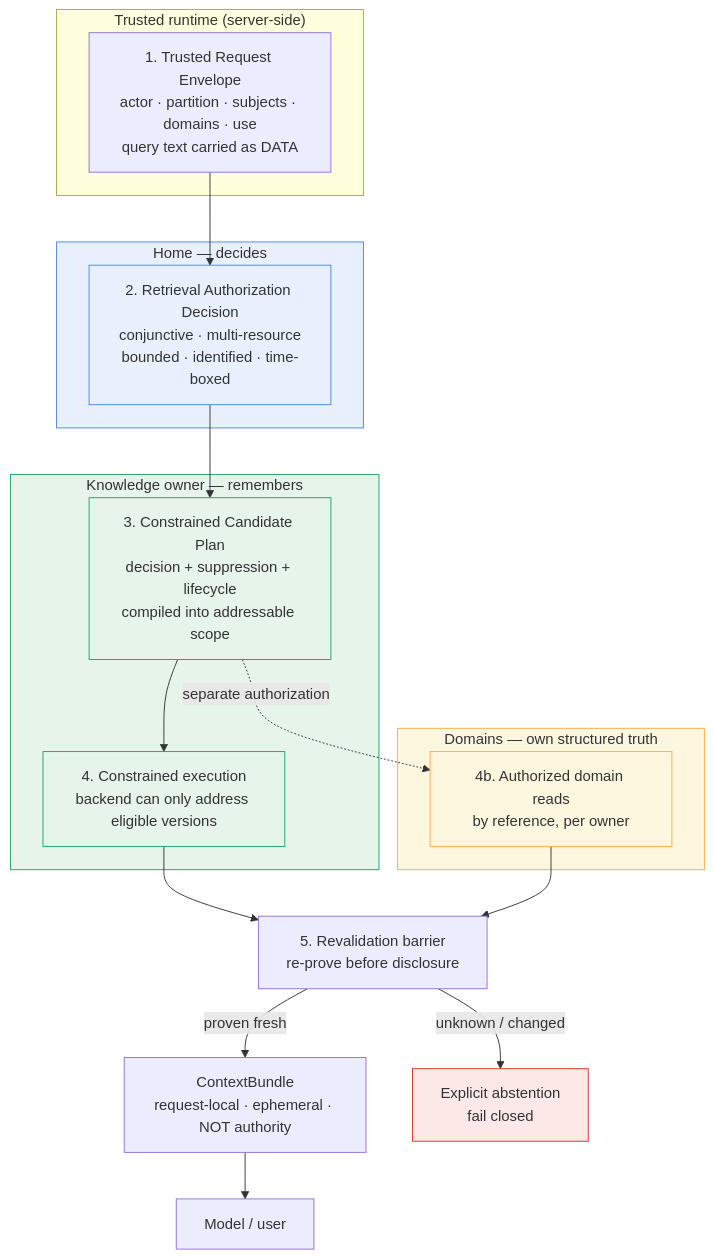
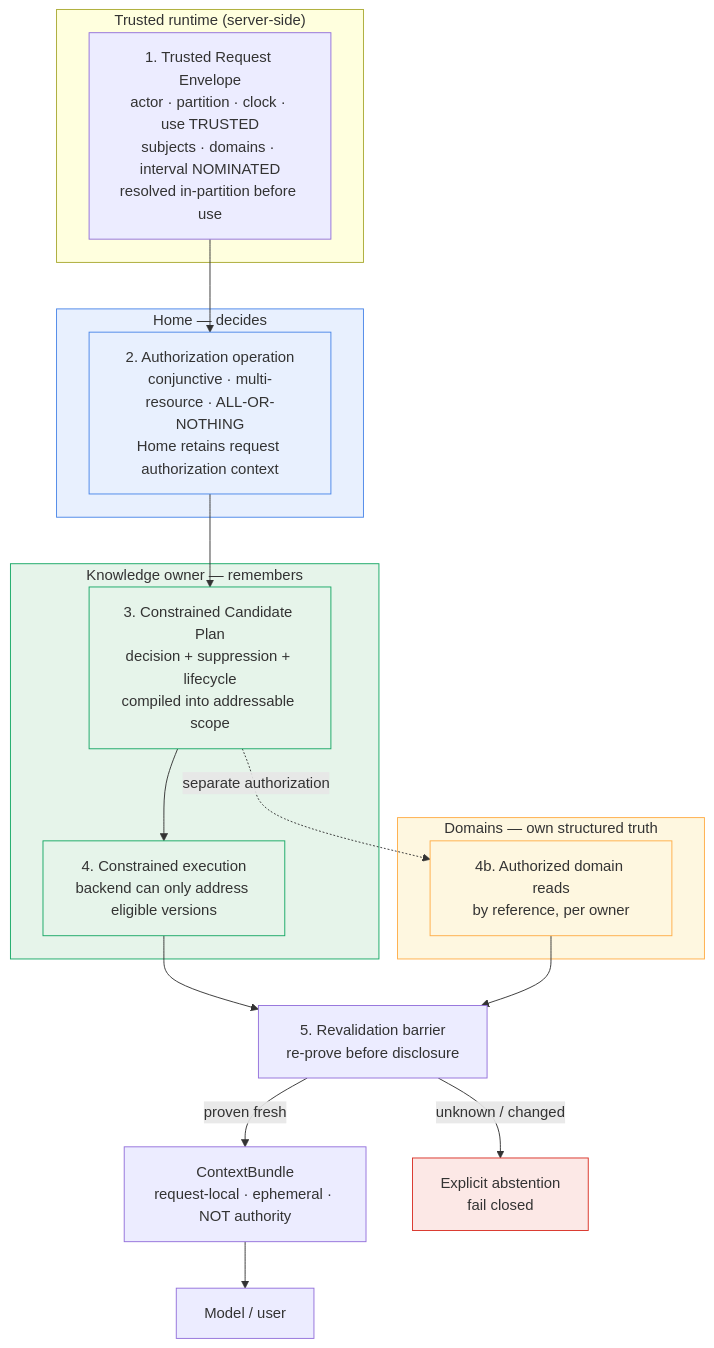
One commit to EKvargas/episteck_home changed the first of 2 diagrams in docs/architecture/proposals/KNOWLEDGE_B6_TRUSTED_RETRIEVAL.md. Above: the diagram before and after it, drawn with Mermaid. The commit also changed other lines of this file and 1 other file, not shown here.

````diff
--- a/docs/architecture/proposals/KNOWLEDGE_B6_TRUSTED_RETRIEVAL.md
+++ b/docs/architecture/proposals/KNOWLEDGE_B6_TRUSTED_RETRIEVAL.md
@@ -172,33 +174,33 @@
 ```mermaid
 flowchart TB
   subgraph T["Trusted runtime (server-side)"]
-    ENV["1. Trusted Request Envelope<br/>actor · partition · subjects · domains · use<br/>query text carried as DATA"]
+    ENV["1. Trusted Request Envelope<br/>actor · partition · clock · use TRUSTED<br/>subjects · domains · interval NOMINATED<br/>resolved in-partition before use"]
   end
   subgraph H["Home — decides"]
-    DEC["2. Retrieval Authorization Decision<br/>conjunctive · multi-resource<br/>bounded · identified · time-boxed"]
+    DEC["2. Authorization operation<br/>conjunctive · multi-resource · ALL-OR-NOTHING<br/>Home retains request authorization context"]
   end
   subgraph K["Knowledge owner — remembers"]
     PLAN["3. Constrained Candidate Plan<br/>decision + suppression + lifecycle<br/>compiled into addressable scope"]
     EXEC["4. Constrained execution<br/>backend can only address eligible versions"]
   end
   subgraph D["Domains — own structured truth"]
     DOM["4b. Authorized domain reads<br/>by reference, per owner"]
   end
   REVAL["5. Revalidation barrier<br/>re-prove before disclosure"]
   CB["ContextBundle<br/>request-local · ephemeral · NOT authority"]
   LLM["Model / user"]
 
   ENV --> DEC --> PLAN --> EXEC --> REVAL
   PLAN -. "separate authorization" .-> DOM --> REVAL
   REVAL -->|proven fresh| CB --> LLM
   REVAL -->|unknown / changed| ABST["Explicit abstention<br/>fail closed"]
 
   classDef home fill:#e8f0fe,stroke:#4a86e8;
   classDef kn fill:#e6f4ea,stroke:#16a765;
   classDef dom fill:#fef7e0,stroke:#ffad47;
   classDef bad fill:#fce8e6,stroke:#d93025;
   class H,DEC home;
   class K,PLAN,EXEC kn;
   class D,DOM dom;
   class ABST bad;
 ```
````
